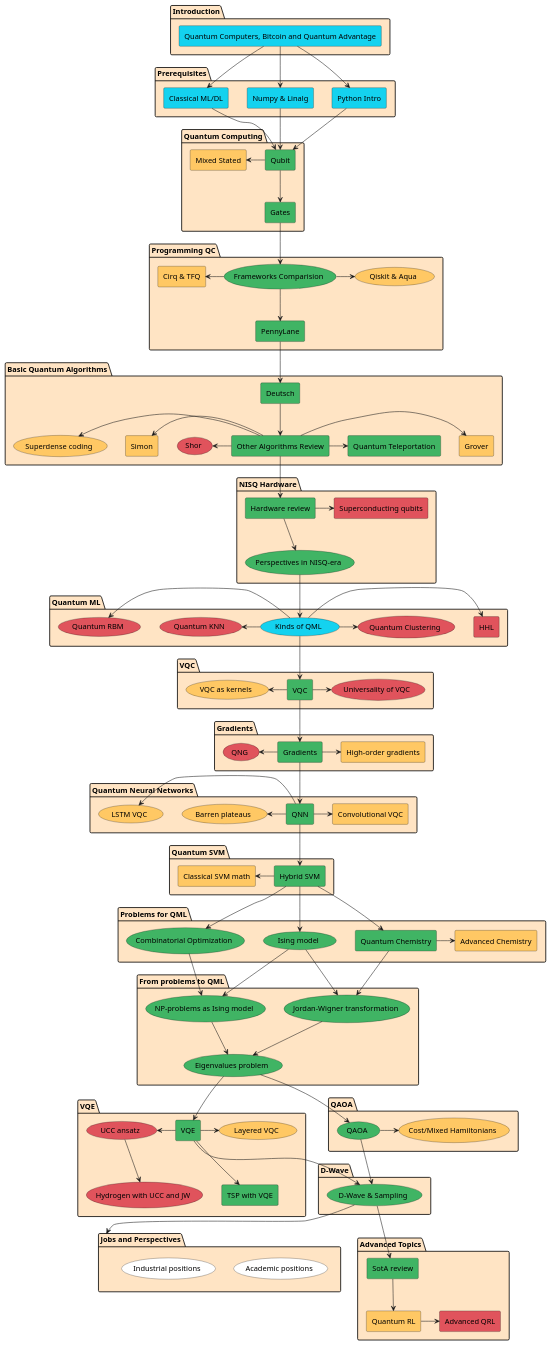
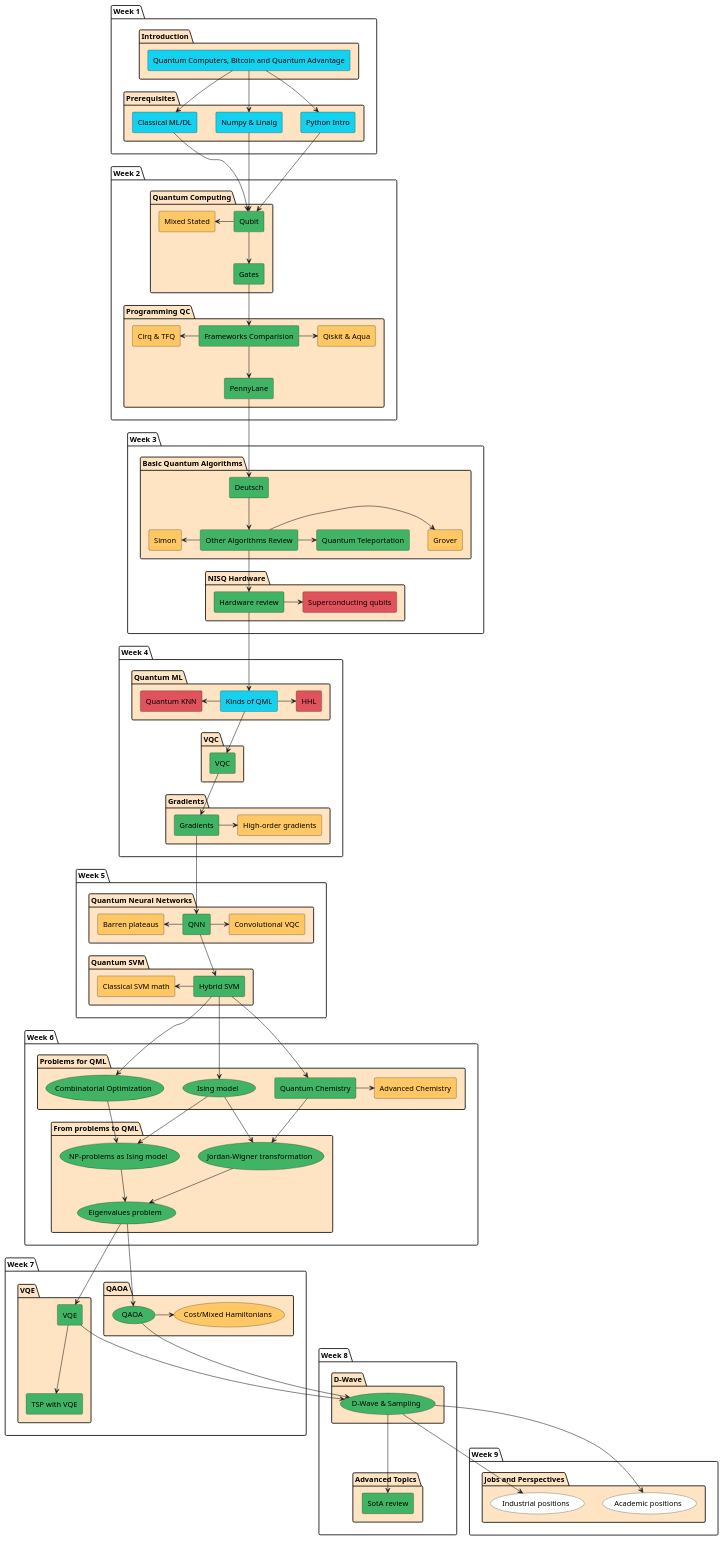
One commit to quantum-ods/qmlcourse changed the diagram in qmlcourseRU/_static/index/program.plantuml. Above: the diagram before and after it, drawn with PlantUML. The commit also changed 1 other file, not shown here.

```diff
--- a/qmlcourseRU/_static/index/program.plantuml
+++ b/qmlcourseRU/_static/index/program.plantuml
@@ -1,197 +1,189 @@
 @startuml
-package "Introduction" #Bisque {
-        rectangle "Quantum Computers, Bitcoin and Quantum Advantage" as intro1 #14D2EF
+package "Week 1" {
+        package "Introduction" #Bisque {
+                rectangle "Quantum Computers, Bitcoin and Quantum Advantage" as intro1 #14D2EF
+        }
+
+        package "Prerequisites" #Bisque {
+                rectangle "Python Intro" as python #14D2EF
+                rectangle "Numpy & Linalg" as numpy #14D2EF
+                rectangle "Classical ML/DL" as ml #14D2EF
+        }
 }
 
-package "Prerequisites" #Bisque {
-        rectangle "Python Intro" as python #14D2EF
-        rectangle "Numpy & Linalg" as numpy #14D2EF
-        rectangle "Classical ML/DL" as ml #14D2EF
+package "Week 2" {
+        package "Quantum Computing" as qci #Bisque {
+                rectangle "Qubit" as qubit #40B464
+                rectangle "Gates" as gates #40B464
+                rectangle "Mixed Stated" as mixed #FFC864
+        }
+
+        package "Programming QC" #Bisque {
+                rectangle "Frameworks Comparision" as progcomparision #40B464
+                rectangle "PennyLane" as pennylane #40B464
+                rectangle "Qiskit & Aqua" as qiskit #FFC864
+                rectangle "Cirq & TFQ" as cirq #FFC864
+        }
 }
 
-package "Quantum Computing" as qci #Bisque {
-        rectangle "Qubit" as qubit #40B464
-        rectangle "Gates" as gates #40B464
-        rectangle "Mixed Stated" as mixed #FFC864
+package "Week 3" {
+        package "Basic Quantum Algorithms" as qalgo #Bisque {
+                rectangle "Deutsch" as deutsch #40B464
+                rectangle "Other Algorithms Review" as advanced_algos #40B464
+                rectangle "Grover" as grover #FFC864
+                rectangle "Quantum Teleportation" as qtp #40B464
+                rectangle "Simon" as saimon #FFC864
+        }
+
+        package "NISQ Hardware" #Bisque {
+                rectangle "Hardware review" as review #40B464
+                rectangle "Superconducting qubits" as schard #E0535C
+        }
 }
 
-package "Basic Quantum Algorithms" as qalgo #Bisque {
-        rectangle "Deutsch" as deutsch #40B464
-        rectangle "Other Algorithms Review" as advanced_algos #40B464
-        rectangle "Grover" as grover #FFC864
-        rectangle "Quantum Teleportation" as qtp #40B464
-        rectangle "Simon" as saimon #FFC864
-        usecase "Shor" as shor #E0535C
-        usecase "Superdense coding" as superdense_coding #FFC864
+package "Week 4" {
+        package "Quantum ML" #Bisque {
+                rectangle "Kinds of QML" as qml_general #14D2EF
+                rectangle "HHL" as hhl #E0535C
+                rectangle "Quantum KNN" as qknn #E0535C
+        }
+
+        package "VQC" #Bisque {
+                rectangle "VQC" as vqc #40B464
+        }
+
+        package "Gradients" #Bisque {
+                rectangle "Gradients" as grad #40B464
+                rectangle "High-order gradients" as hograd #FFC864
+        }
 }
 
-package "NISQ Hardware" #Bisque {
-        rectangle "Hardware review" as review #40B464
-        usecase "Perspectives in NISQ-era" as nisq #40B464
-        rectangle "Superconducting qubits" as schard #E0535C
+package "Week 5" {
+        package "Quantum Neural Networks" #Bisque {
+                rectangle "QNN" as qnn #40B464
+                rectangle "Barren plateaus" as barren #FFC864
+                rectangle "Convolutional VQC" as convvqc #FFC864
+        }
+
+        package "Quantum SVM" #Bisque {
+                rectangle "Hybrid SVM" as hsvm #40B464
+                rectangle "Classical SVM math" as csvm #FFC864
+        }
 }
 
-package "Programming QC" #Bisque {
-        usecase "Frameworks Comparision" as progcomparision #40B464
-        rectangle "PennyLane" as pennylane #40B464
-        usecase "Qiskit & Aqua" as qiskit #FFC864
-        rectangle "Cirq & TFQ" as cirq #FFC864
+package "Week 6" {
+        package "Problems for QML" #Bisque {
+                usecase "Ising model" as ising #40B464
+                usecase "Combinatorial Optimization" as copt #40B464
+                rectangle "Quantum Chemistry" as qchem #40B464
+                rectangle "Advanced Chemistry" as aqchem #FFC864
+        }
+
+        package "From problems to QML" #Bisque {
+                usecase "NP-problems as Ising model" as npising #40B464
+                usecase "Jordan-Wigner transformation" as jordan #40B464
+                usecase "Eigenvalues problem" as eigenvals #40B464
+        }
 }
 
-package "Quantum ML" #Bisque {
-        usecase "Kinds of QML" as qml_general #14D2EF
-        rectangle "HHL" as hhl #E0535C
-        usecase "Quantum KNN" as qknn #E0535C
-        usecase "Quantum Clustering" as qclustering #E0535C
-        usecase "Quantum RBM" as qrbm #E0535C
+package "Week 7" {
+        package "VQE" #Bisque {
+                rectangle "VQE" as vqe #40B464
+                rectangle "TSP with VQE" as tspvqe #40B464
+        }
+
+        package "QAOA" #Bisque {
+                usecase "QAOA" as qaoa #40B464
+                usecase "Cost/Mixed Hamiltonians" as hams #FFC864
+        }
 }
 
-package "VQC" #Bisque {
-        rectangle "VQC" as vqc #40B464
-        usecase "VQC as kernels" as kernelvqc #FFC864
-        usecase "Universality of VQC" as univvqc #E0535C
+package "Week 8" {
+        package "D-Wave" #Bisque {
+                usecase "D-Wave & Sampling" as dwave #40B464
+        }
+
+        package "Advanced Topics" as adv #Bisque {
+                rectangle "SotA review" as sota #40B464
+        }
 }
 
-package "Gradients" #Bisque {
-        rectangle "Gradients" as grad #40B464
-        rectangle "High-order gradients" as hograd #FFC864
-        usecase "QNG" as qng #E0535C
+package "Week 9" {
+        package "Jobs and Perspectives" as jobs #Bisque {
+                usecase "Academic positions" as academic #White
+                usecase "Industrial positions" as industrial #White
+        }
 }
 
-package "Quantum Neural Networks" #Bisque {
-        rectangle "QNN" as qnn #40B464
-        usecase "Barren plateaus" as barren #FFC864
-        rectangle "Convolutional VQC" as convvqc #FFC864
-        usecase "LSTM VQC" as lstm #FFC864
-}
-
-package "Quantum SVM" #Bisque {
-        rectangle "Hybrid SVM" as hsvm #40B464
-        rectangle "Classical SVM math" as csvm #FFC864
-}
-
-package "Problems for QML" #Bisque {
-        usecase "Ising model" as ising #40B464
-        usecase "Combinatorial Optimization" as copt #40B464
-        rectangle "Quantum Chemistry" as qchem #40B464
-        rectangle "Advanced Chemistry" as aqchem #FFC864
-}
-
-package "From problems to QML" #Bisque {
-        usecase "NP-problems as Ising model" as npising #40B464
-        usecase "Jordan-Wigner transformation" as jordan #40B464
-        usecase "Eigenvalues problem" as eigenvals #40B464
-}
-
-package "VQE" #Bisque {
-        rectangle "VQE" as vqe #40B464
-        rectangle "TSP with VQE" as tspvqe #40B464
-        usecase "Layered VQC" as lvqe #FFC864
-        usecase "UCC ansatz" as ucc #E0535C
-        usecase "Hydrogen with UCC and JW" as hucc #E0535C
-}
-
-package "QAOA" #Bisque {
-        usecase "QAOA" as qaoa #40B464
-        usecase "Cost/Mixed Hamiltonians" as hams #FFC864
-}
-
-package "D-Wave" #Bisque {
-        usecase "D-Wave & Sampling" as dwave #40B464
-}
-
-package "Jobs and Perspectives" as jobs #Bisque {
-        usecase "Academic positions" as academic #White
-        usecase "Industrial positions" as industrial #White
-}
-
-package "Advanced Topics" as adv #Bisque {
-        rectangle "SotA review" as sota #40B464
-        rectangle "Quantum RL" as qrl #FFC864
-        rectangle "Advanced QRL" as aqrl #E0535C
-}
 
 intro1 --> python
 intro1 --> numpy
 intro1 --> ml
 
 python --> qubit
 numpy --> qubit
 ml --> qubit
 
 qubit --> gates
 mixed <- qubit
 
 gates --> progcomparision
 progcomparision --> pennylane
 cirq <- progcomparision
 progcomparision -> qiskit
 
 pennylane --> deutsch
 
 deutsch --> advanced_algos
 advanced_algos -> grover
-shor <- advanced_algos
 advanced_algos -> qtp
 saimon <- advanced_algos
-superdense_coding <- advanced_algos
 
 advanced_algos --> review
-review --> nisq
 review -> schard
 
-nisq --> qml_general
+review --> qml_general
 
 qml_general -> hhl
 qknn <- qml_general
-qml_general -> qclustering
-qrbm <- qml_general
 
 qml_general --> vqc
-kernelvqc <- vqc
-vqc -> univvqc
 
 vqc --> grad
-qng <- grad
 grad -> hograd
 
 grad --> qnn
 barren <- qnn
-lstm <- qnn
 qnn -> convvqc
 
 qnn --> hsvm
 csvm <- hsvm
 
 hsvm --> ising
 hsvm --> copt
 hsvm --> qchem
 qchem -> aqchem
 qchem --> jordan
 ising --> npising
 ising --> jordan
 copt --> npising
 
 npising --> eigenvals
 jordan --> eigenvals
 
 eigenvals --> vqe
 eigenvals --> qaoa
 
-ucc <- vqe
-ucc --> hucc
-vqe -> lvqe
 vqe --> tspvqe
 
 qaoa -> hams
 
 qaoa --> dwave
 vqe --> dwave
 
-dwave --> jobs
+dwave --> academic
+dwave --> industrial
 
 dwave --> sota
-sota --> qrl
-qrl -> aqrl
 
 @enduml
```
